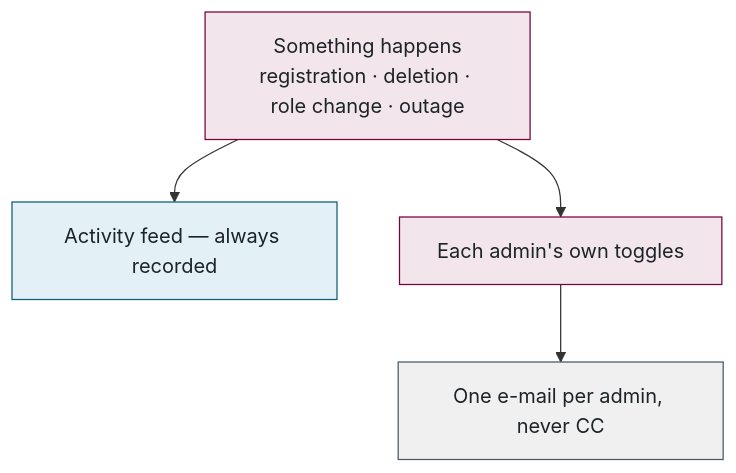
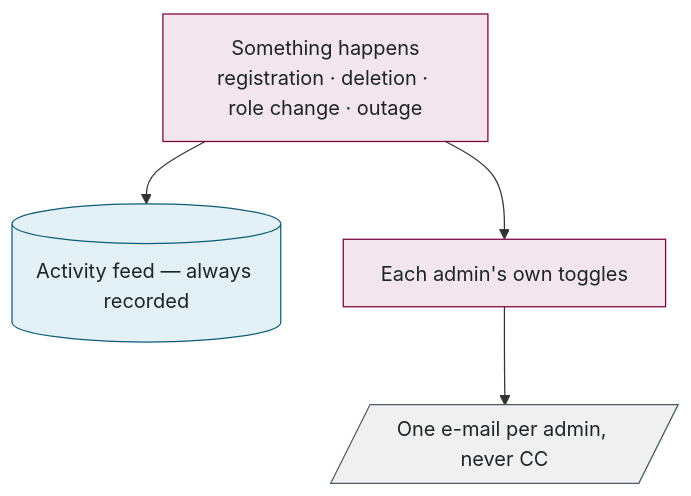
Before and after one commit to McMaster-Battery-Research-Group/battery-soc-benchmark: the eighth of 11 diagrams in docs/walkthrough/ALL-IN-ONE.md, drawn with Mermaid. The commit also changed other lines of this file and 46 other files, not shown here.

````diff
--- a/docs/walkthrough/ALL-IN-ONE.md
+++ b/docs/walkthrough/ALL-IN-ONE.md
@@ -435,12 +434,12 @@
 ```mermaid
 flowchart TB
-    E["Something happens<br/>registration · deletion · role change · outage"] --> F["Activity feed — always recorded"]
+    E["Something happens<br/>registration · deletion · role change · outage"] --> F[("Activity feed — always recorded")]
     E --> T["Each admin's own toggles"]
-    T --> M["One e-mail per admin, never CC"]
+    T --> M[/"One e-mail per admin, never CC"/]
     classDef web fill:#F2E6EC,stroke:#7A003C,color:#1d2428
     classDef data fill:#E3F0F5,stroke:#0D5D78,color:#1d2428
     classDef ext fill:#F0F0F0,stroke:#495965,color:#1d2428
     class E,T web
     class F data
     class M ext
 ```
````
